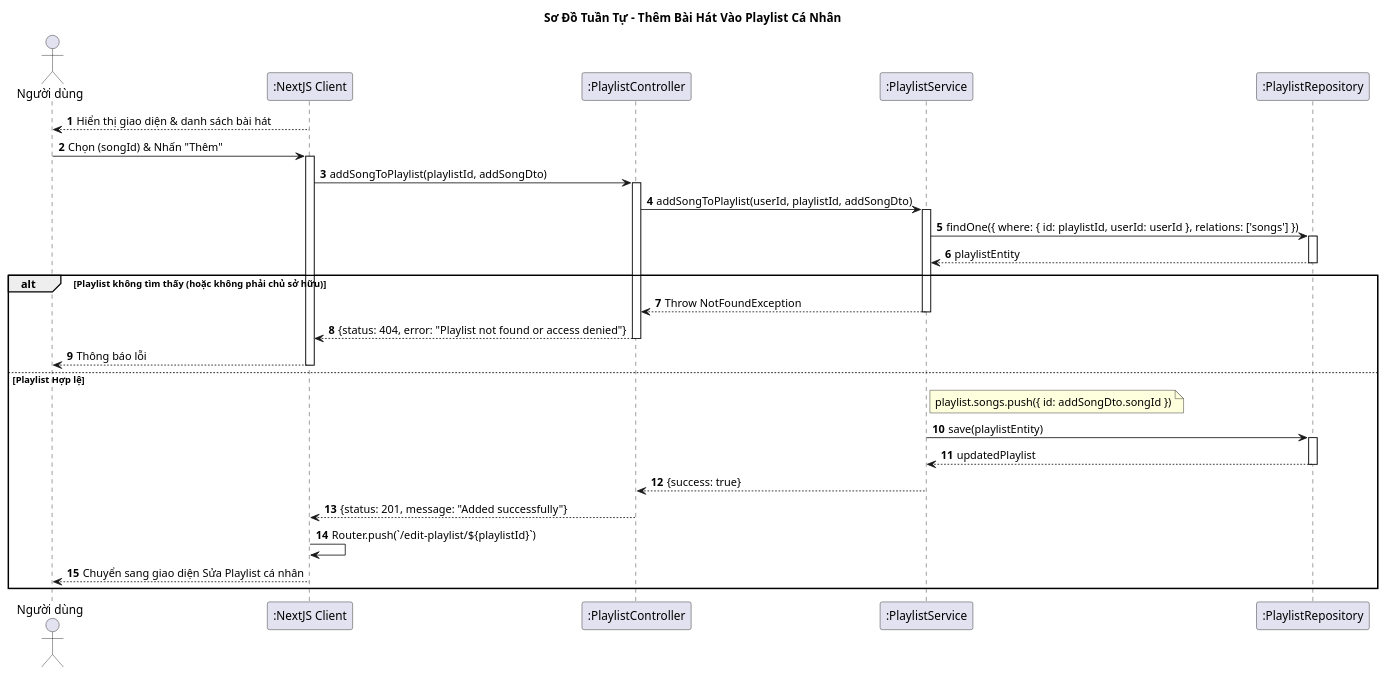
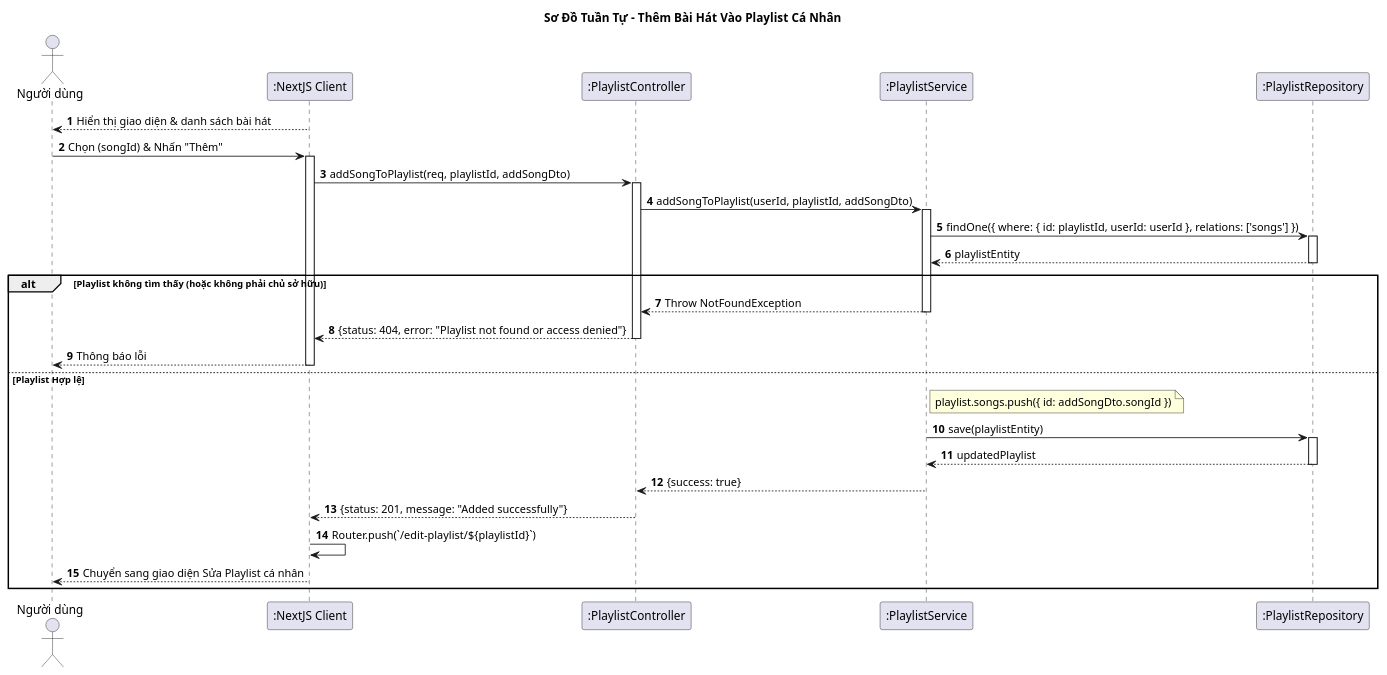
Before and after one commit to vinh047/soundwave: the diagram in Diagrams/SequenceDiagram/AddSongToPlaylistSD.plantuml, drawn with PlantUML. The commit also changed 20 other files, not shown here.

```diff
--- a/Diagrams/SequenceDiagram/AddSongToPlaylistSD.plantuml
+++ b/Diagrams/SequenceDiagram/AddSongToPlaylistSD.plantuml
@@ -1,67 +1,67 @@
 @startuml Sequence Diagram - Thêm Bài Hát Vào Playlist Cá Nhân
 
 title Sơ Đồ Tuần Tự - Thêm Bài Hát Vào Playlist Cá Nhân 
 
 actor "Người dùng" as User
 participant ":NextJS Client" as UI
 participant ":PlaylistController" as Controller
 participant ":PlaylistService" as Service
 participant ":PlaylistRepository" as DB
 
 autonumber
 
 ' === BƯỚC 1: HIỂN THỊ DANH SÁCH ===
 UI --> User: Hiển thị giao diện & danh sách bài hát
 
 ' === BƯỚC 2: GỬI YÊU CẦU ===
 User -> UI: Chọn (songId) & Nhấn "Thêm"
 activate UI
 
 ' Request: POST /playlists/:id/songs (Body: { songId: 123 })
-UI -> Controller: addSongToPlaylist(playlistId, addSongDto)
+UI -> Controller: addSongToPlaylist(req, playlistId, addSongDto)
 activate Controller
 
 ' Lấy userId từ req.user
 Controller -> Service: addSongToPlaylist(userId, playlistId, addSongDto)
 activate Service
 
 ' === BƯỚC 3: CHECK QUYỀN SỞ HỮU & LẤY PLAYLIST ===
 ' Tìm playlist của user này để đảm bảo quyền sở hữu (Owner Check)
 Service -> DB: findOne({ where: { id: playlistId, userId: userId }, relations: ['songs'] })
 activate DB
 DB --> Service: playlistEntity
 deactivate DB
 
 alt Playlist không tìm thấy (hoặc không phải chủ sở hữu)
     Service --> Controller: Throw NotFoundException
     deactivate Service
     Controller --> UI: {status: 404, error: "Playlist not found or access denied"}
     deactivate Controller
     
     UI --> User: Thông báo lỗi
     deactivate UI
 
 else Playlist Hợp lệ
     ' === BƯỚC 4: THỰC HIỆN THÊM ===
     ' Logic: Lấy songId từ DTO, push vào mảng songs của playlist
     note right of Service: playlist.songs.push({ id: addSongDto.songId })
     
     Service -> DB: save(playlistEntity)
     activate DB
     DB --> Service: updatedPlaylist
     deactivate DB
     
     Service --> Controller: {success: true}
     deactivate Service
     
     Controller --> UI: {status: 201, message: "Added successfully"}
     deactivate Controller
     
     ' === BƯỚC 5: CHUYỂN GIAO DIỆN ===
     ' Client tự điều hướng
     UI -> UI: Router.push(`/edit-playlist/${playlistId}`)
     
     UI --> User: Chuyển sang giao diện Sửa Playlist cá nhân
     deactivate UI
 end
 @enduml
```
